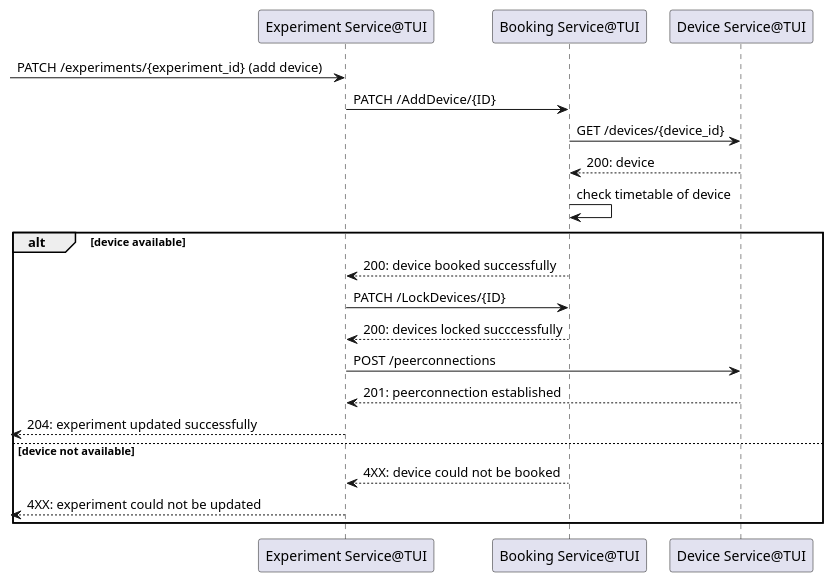
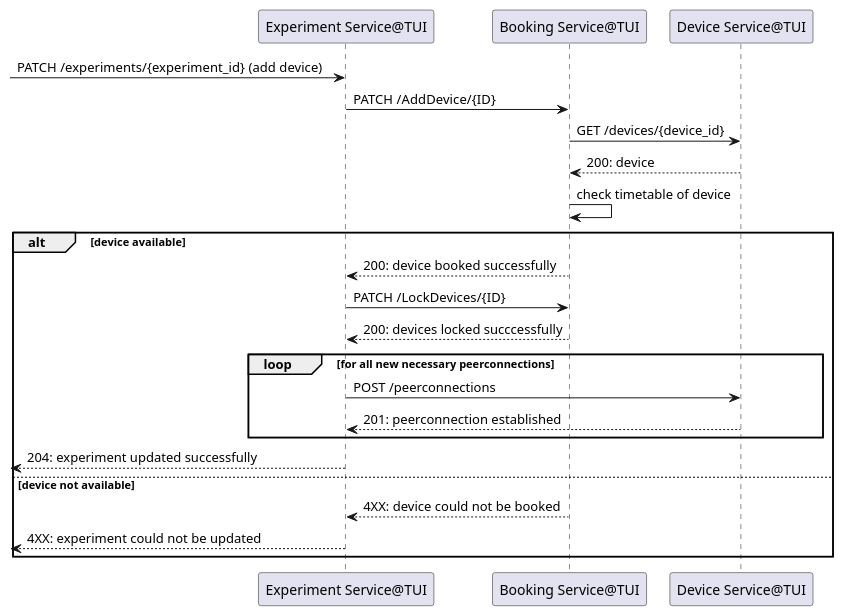
The diagram in diagrams/use_cases/experiment_add_device.puml (Cross-Lab-Project/crosslab), drawn with PlantUML before and after one commit. The commit also changed 4 other files, not shown here.

Commit message:
update diagrams

```diff
--- a/diagrams/use_cases/experiment_add_device.puml
+++ b/diagrams/use_cases/experiment_add_device.puml
@@ -1,24 +1,30 @@
 @startuml ExperimentAddDevice
 [-> "Experiment Service@TUI": PATCH /experiments/{experiment_id} (add device)
 "Experiment Service@TUI" -> "Booking Service@TUI": PATCH /AddDevice/{ID}
 "Booking Service@TUI" -> "Device Service@TUI": GET /devices/{device_id}
 "Device Service@TUI" --> "Booking Service@TUI": 200: device
 "Booking Service@TUI" -> "Booking Service@TUI": check timetable of device
 
 alt device available
 
     "Booking Service@TUI" --> "Experiment Service@TUI": 200: device booked successfully
     "Experiment Service@TUI" -> "Booking Service@TUI": PATCH /LockDevices/{ID}
     "Booking Service@TUI" --> "Experiment Service@TUI": 200: devices locked succcessfully
-    "Experiment Service@TUI" -> "Device Service@TUI": POST /peerconnections
-    "Device Service@TUI" --> "Experiment Service@TUI": 201: peerconnection established
+
+    loop for all new necessary peerconnections
+
+        "Experiment Service@TUI" -> "Device Service@TUI": POST /peerconnections
+        "Device Service@TUI" --> "Experiment Service@TUI": 201: peerconnection established
+
+    end
+
     "Experiment Service@TUI" -->[: 204: experiment updated successfully
 
 else device not available
 
     "Booking Service@TUI" --> "Experiment Service@TUI": 4XX: device could not be booked  
     "Experiment Service@TUI" -->[: 4XX: experiment could not be updated
 
 end
 
 @enduml
```
